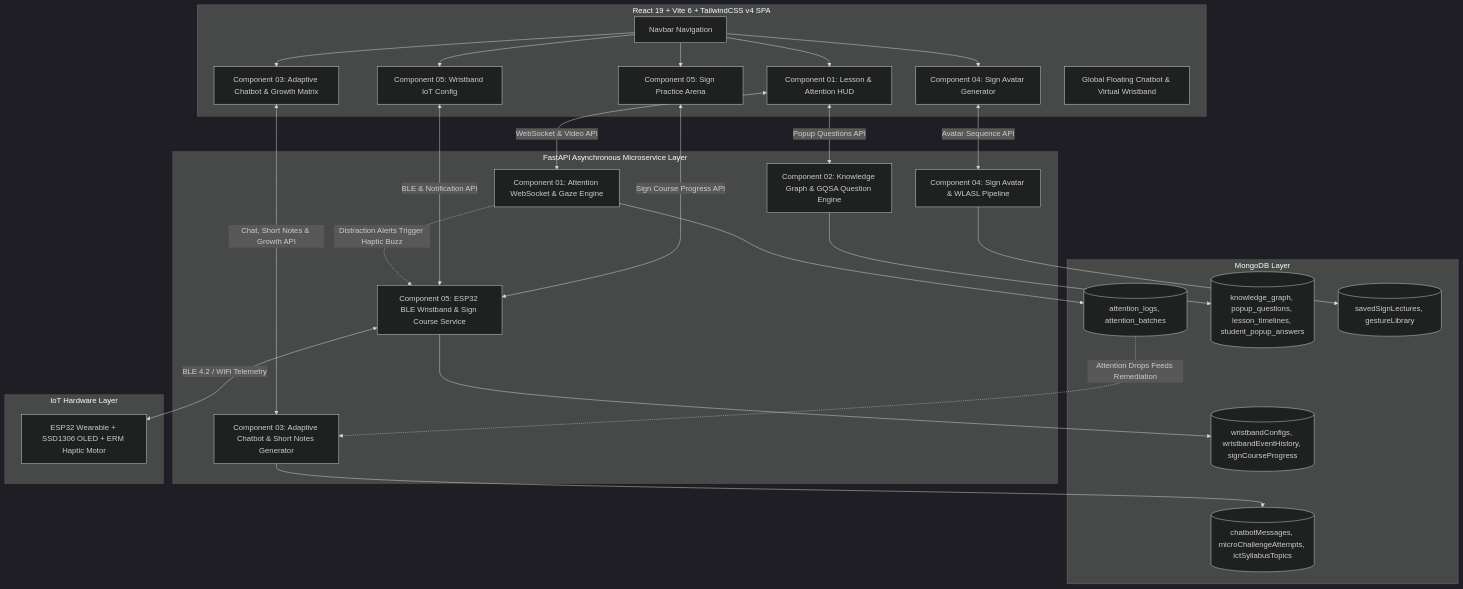
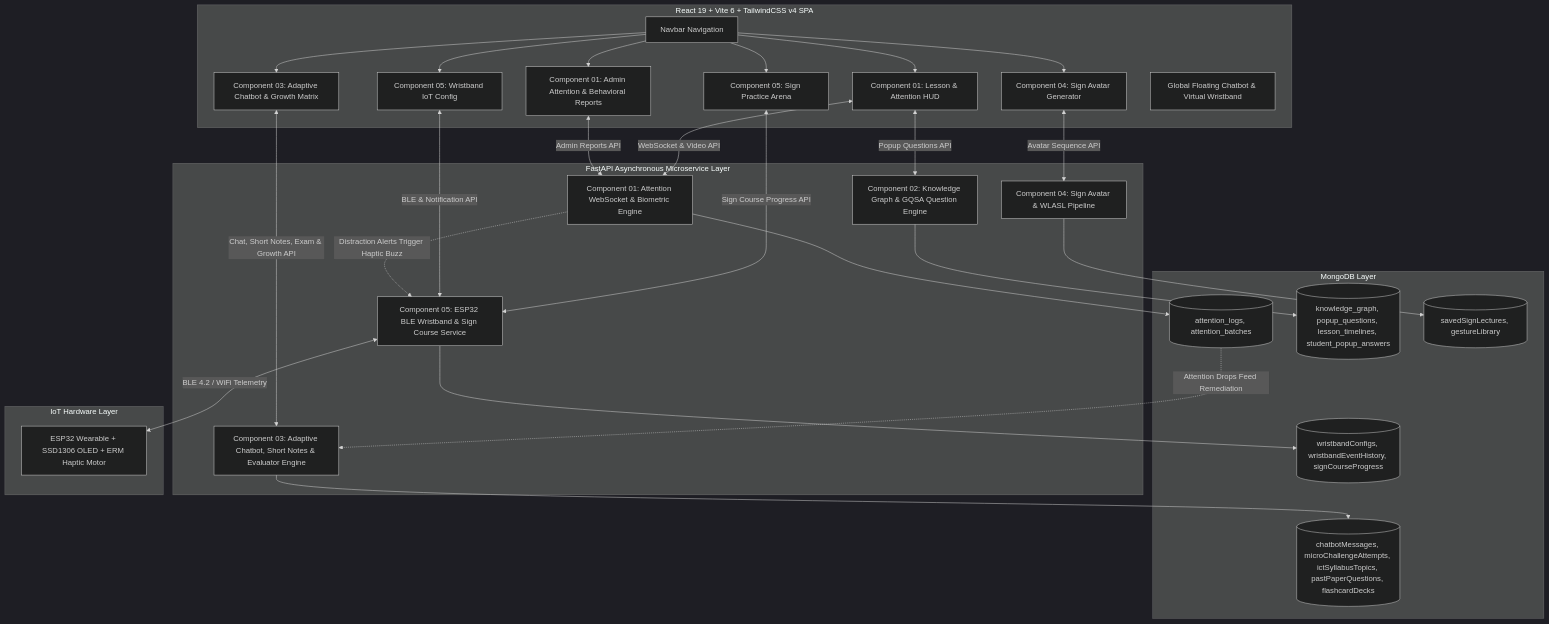
Before and after one commit to heshanjeewantha/projectRP: the diagram in docs/system-architecture.md, drawn with Mermaid (dark theme). The commit also changed other lines of this file and 30 other files, not shown here.

Commit message:
feat: initialize attention monitoring and adaptive chatbot modules with comprehensive global state and UI components

````diff
--- a/docs/system-architecture.md
+++ b/docs/system-architecture.md
@@ -5,48 +5,50 @@
 ```mermaid
 graph TD
     subgraph Frontend [React 19 + Vite 6 + TailwindCSS v4 SPA]
         Nav[Navbar Navigation] --> LessonPage[Component 01: Lesson & Attention HUD]
         Nav --> ChatbotPage[Component 03: Adaptive Chatbot & Growth Matrix]
         Nav --> SignAvatarPage[Component 04: Sign Avatar Generator]
         Nav --> SignCoursePage[Component 05: Sign Practice Arena]
         Nav --> WristbandPage[Component 05: Wristband IoT Config]
+        Nav --> AdminReportsPage[Component 01: Admin Attention & Behavioral Reports]
         GlobalFloat[Global Floating Chatbot & Virtual Wristband]
     end
 
     subgraph Backend [FastAPI Asynchronous Microservice Layer]
-        C1[Component 01: Attention WebSocket & Gaze Engine]
+        C1[Component 01: Attention WebSocket & Biometric Engine]
         C2[Component 02: Knowledge Graph & GQSA Question Engine]
-        C3[Component 03: Adaptive Chatbot & Short Notes Generator]
+        C3[Component 03: Adaptive Chatbot, Short Notes & Evaluator Engine]
         C4[Component 04: Sign Avatar & WLASL Pipeline]
         C5[Component 05: ESP32 BLE Wristband & Sign Course Service]
     end
 
     subgraph Database [MongoDB Layer]
         DB_C1[(attention_logs, attention_batches)]
         DB_C2[(knowledge_graph, popup_questions, lesson_timelines, student_popup_answers)]
-        DB_C3[(chatbotMessages, microChallengeAttempts, ictSyllabusTopics)]
+        DB_C3[(chatbotMessages, microChallengeAttempts, ictSyllabusTopics, pastPaperQuestions, flashcardDecks)]
         DB_C4[(savedSignLectures, gestureLibrary)]
         DB_C5[(wristbandConfigs, wristbandEventHistory, signCourseProgress)]
     end
 
     subgraph Hardware [IoT Hardware Layer]
         ESP32[ESP32 Wearable + SSD1306 OLED + ERM Haptic Motor]
     end
 
     LessonPage <-->|WebSocket & Video API| C1
+    AdminReportsPage <-->|Admin Reports API| C1
     LessonPage <-->|Popup Questions API| C2
-    ChatbotPage <-->|Chat, Short Notes & Growth API| C3
+    ChatbotPage <-->|Chat, Short Notes, Exam & Growth API| C3
     SignAvatarPage <-->|Avatar Sequence API| C4
     SignCoursePage <-->|Sign Course Progress API| C5
     WristbandPage <-->|BLE & Notification API| C5
 
     C1 --> DB_C1
     C2 --> DB_C2
     C3 --> DB_C3
     C4 --> DB_C4
     C5 --> DB_C5
 
-    DB_C1 -.->|Attention Drops Feeds Remediation| C3
+    DB_C1 -.->|Attention Drops Feed Remediation| C3
     C1 -.->|Distraction Alerts Trigger Haptic Buzz| C5
     C5 <-->|BLE 4.2 / WiFi Telemetry| ESP32
 ```
````
